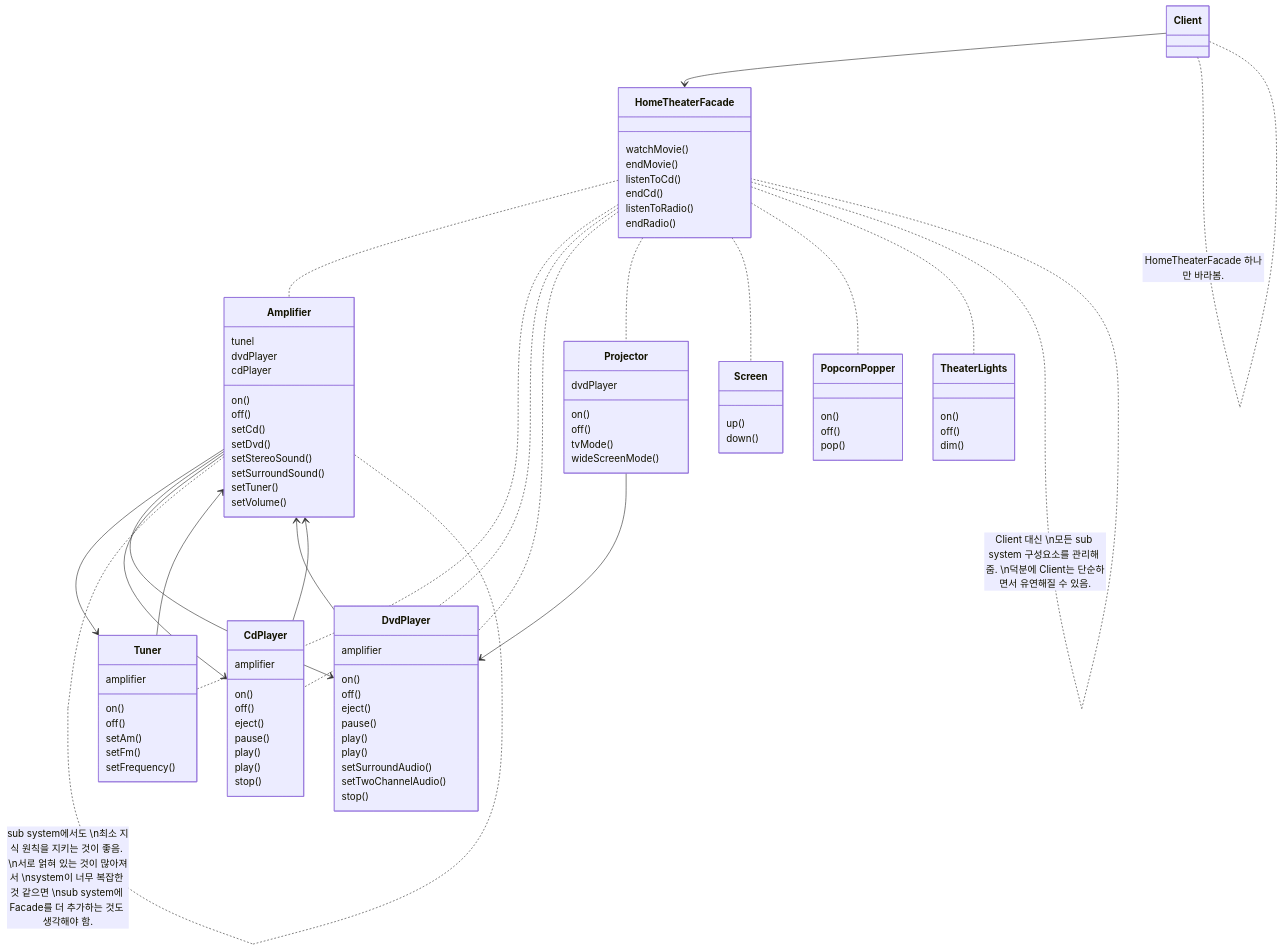
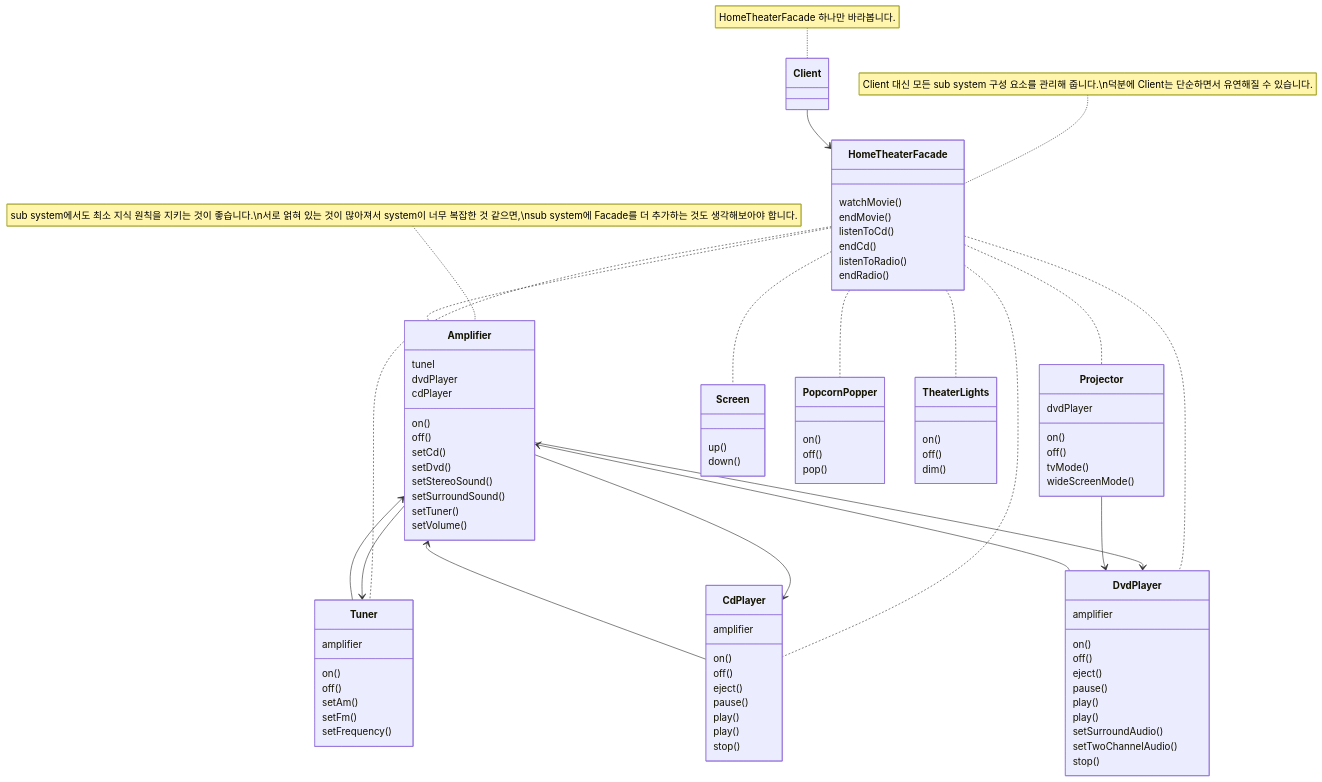
One commit to choesimin/choesimin.github.io changed the second of 2 diagrams in _notes/design-pattern/facade-pattern.md. Above: the diagram before and after it, drawn with Mermaid. The commit also changed other lines of this file, not shown here.

````diff
--- a/_notes/design-pattern/facade-pattern.md
+++ b/_notes/design-pattern/facade-pattern.md
@@ -177,7 +178,7 @@
 Projector --> DvdPlayer
 
 
-Client .. Client : HomeTheaterFacade 하나만 바라봄.
-HomeTheaterFacade .. HomeTheaterFacade : Client 대신 \n모든 sub system 구성요소를 관리해 줌. \n덕분에 Client는 단순하면서 유연해질 수 있음.
-Amplifier .. Amplifier : sub system에서도 \n최소 지식 원칙을 지키는 것이 좋음. \n서로 얽혀 있는 것이 많아져서 \nsystem이 너무 복잡한 것 같으면 \nsub system에 Facade를 더 추가하는 것도 생각해야 함.
+note for Client "HomeTheaterFacade 하나만 바라봅니다."
+note for HomeTheaterFacade "Client 대신 모든 sub system 구성 요소를 관리해 줍니다.\n덕분에 Client는 단순하면서 유연해질 수 있습니다."
+note for Amplifier "sub system에서도 최소 지식 원칙을 지키는 것이 좋습니다.\n서로 얽혀 있는 것이 많아져서 system이 너무 복잡한 것 같으면,\nsub system에 Facade를 더 추가하는 것도 생각해보아야 합니다."
 ```
````
